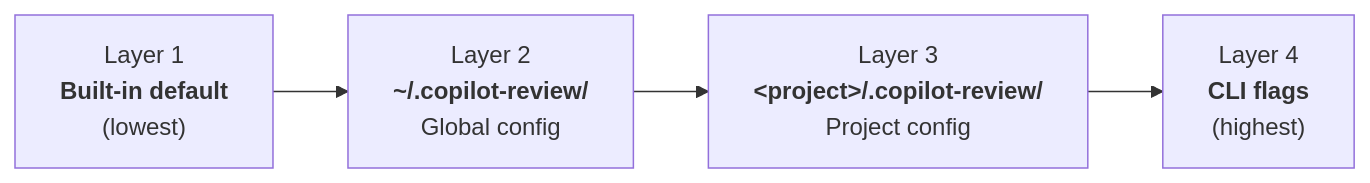
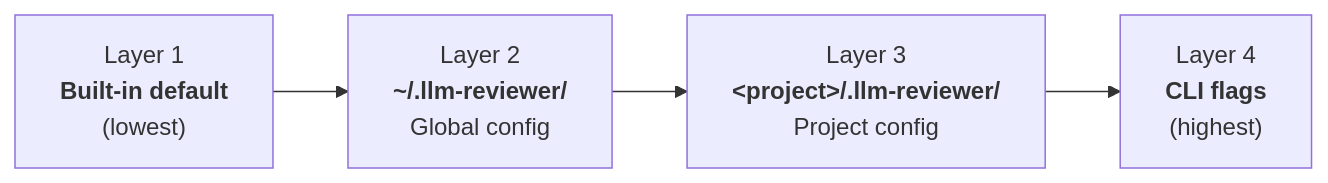
One commit to asheshv/copilot-reviewer changed the diagram in docs/spec/06-configuration.md. Above: the diagram before and after it, drawn with Mermaid. The commit also changed other lines of this file and 27 other files, not shown here.

Commit message:
rename: config dir + all docs updated for llm-reviewer

````diff
--- a/docs/spec/06-configuration.md
+++ b/docs/spec/06-configuration.md
@@ -11,6 +11,6 @@
 ```mermaid
 graph LR
-    A["Layer 1<br/><b>Built-in default</b><br/>(lowest)"] --> B["Layer 2<br/><b>~/.copilot-review/</b><br/>Global config"]
-    B --> C["Layer 3<br/><b>&lt;project&gt;/.copilot-review/</b><br/>Project config"]
+    A["Layer 1<br/><b>Built-in default</b><br/>(lowest)"] --> B["Layer 2<br/><b>~/.llm-reviewer/</b><br/>Global config"]
+    B --> C["Layer 3<br/><b>&lt;project&gt;/.llm-reviewer/</b><br/>Project config"]
     C --> D["Layer 4<br/><b>CLI flags</b><br/>(highest)"]
 ```
````
